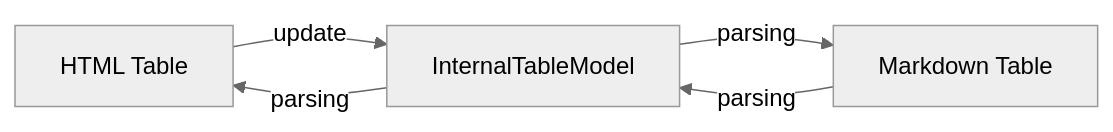
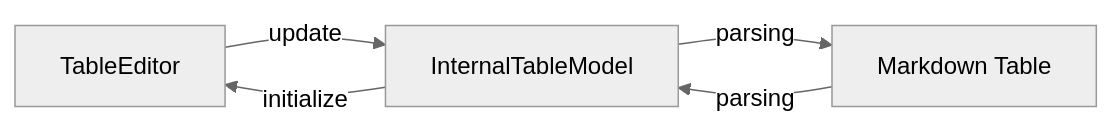
One commit to lcov29/markdown-table-generator changed the first of 3 diagrams in documentation/documentation.md. Above: the diagram before and after it, drawn with Mermaid (neutral theme). The commit also changed other lines of this file, not shown here.

````diff
--- a/documentation/documentation.md
+++ b/documentation/documentation.md
@@ -54,10 +62,10 @@
 ```mermaid
 flowchart LR
-    a[HTML Table]
+    a[TableEditor]
     b[InternalTableModel]
     c[Markdown Table]
     a -- update --> b
-    b -- parsing --> a
+    b -- initialize --> a
     c -- parsing --> b
     b -- parsing --> c
 ```
````
